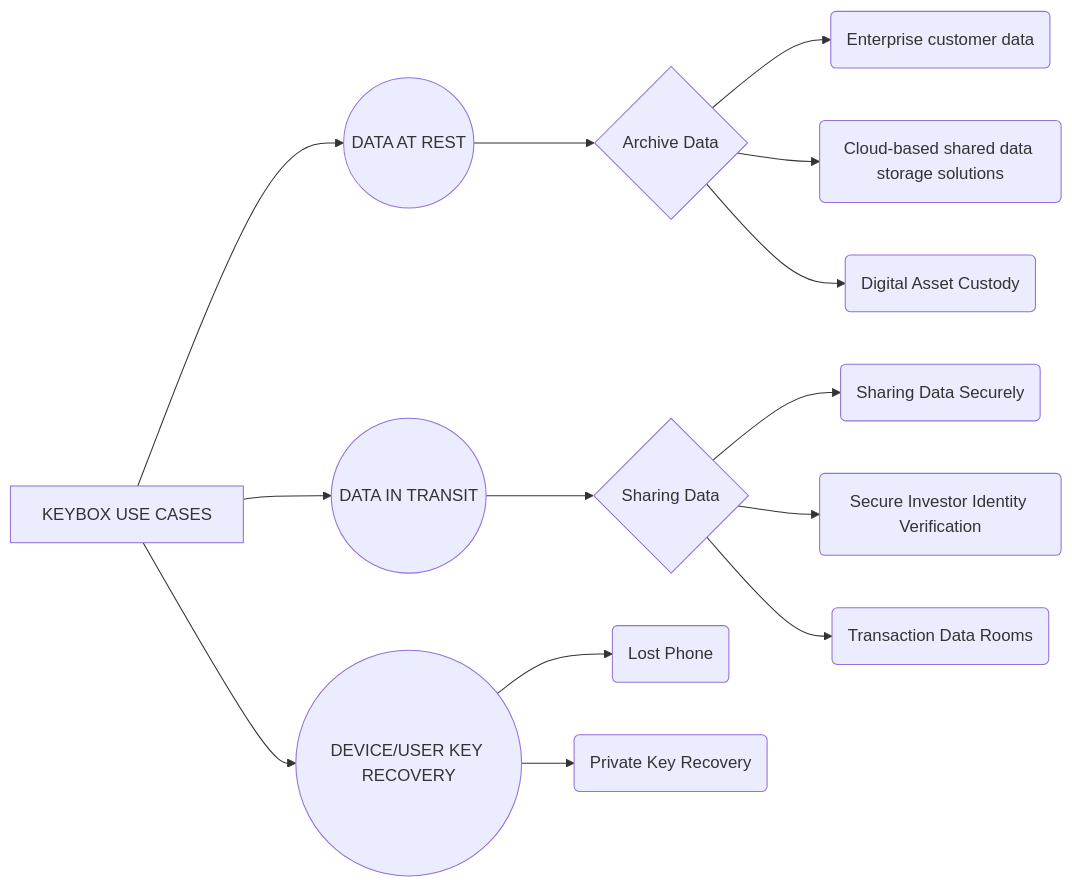
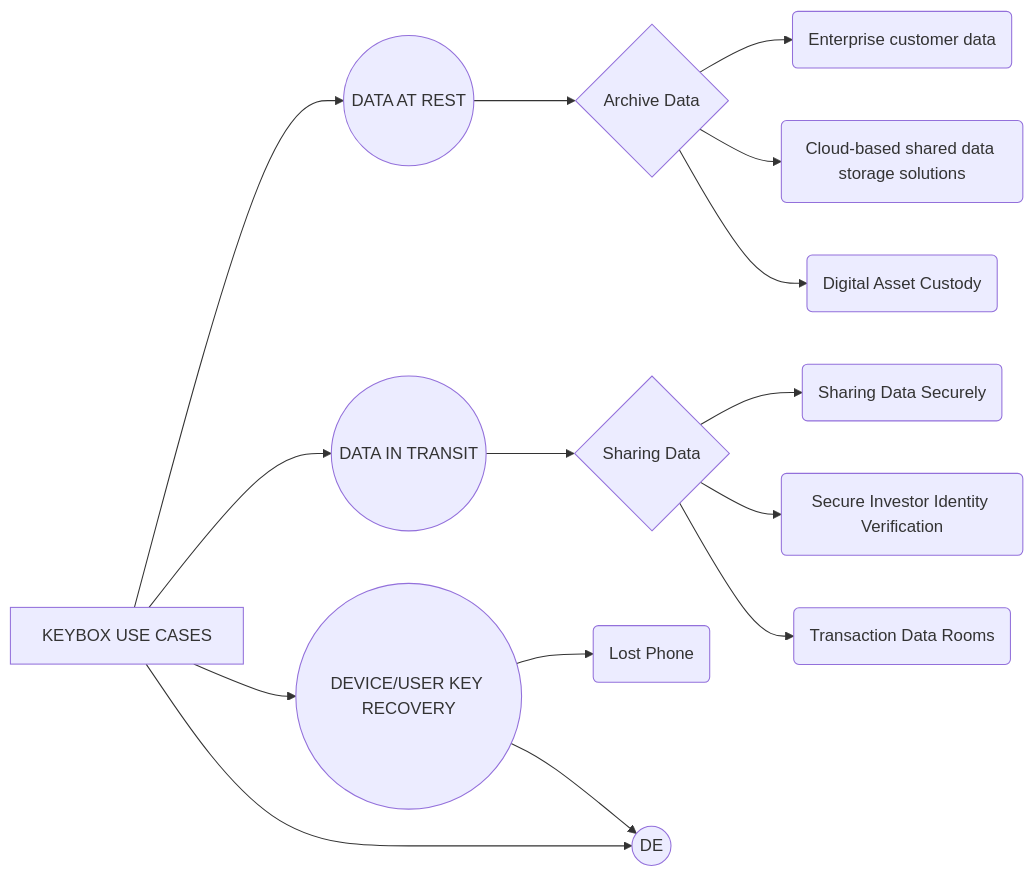
The diagram in README.md (thekeybox/keybox), drawn with Mermaid before and after one commit. The commit also changed other lines of this file, not shown here.

Commit message:
README.md updated from https://stackedit.io/

````diff
--- a/README.md
+++ b/README.md
@@ -62,33 +62,36 @@
 ```mermaid
 
 graph LR
 
 A[KEYBOX USE CASES]  --> B((DATA AT REST))
 
 B --> E{Archive Data}
 
 E --> F(Enterprise customer data)
 
 E --> G(Cloud-based shared data storage solutions)
 
 E --> H(Digital Asset Custody)
 
 A --> C((DATA IN TRANSIT))
 
 C --> U{Sharing Data}
 
 U --> P(Sharing Data Securely)
 
 U --> LL(Secure Investor Identity Verification)
 
 U --> Pq(Transaction Data Rooms)
 
   
 
 A[KEYBOX USE CASES]  --> BB((DEVICE/USER KEY RECOVERY ))
 
 BB --> BBB(Lost Phone)
 
 BB --> BBBB(Private Key Recovery)
 
+A[KEYBOX USE CASES]  --> BBBB((DE ))
+
+
 ```
````
